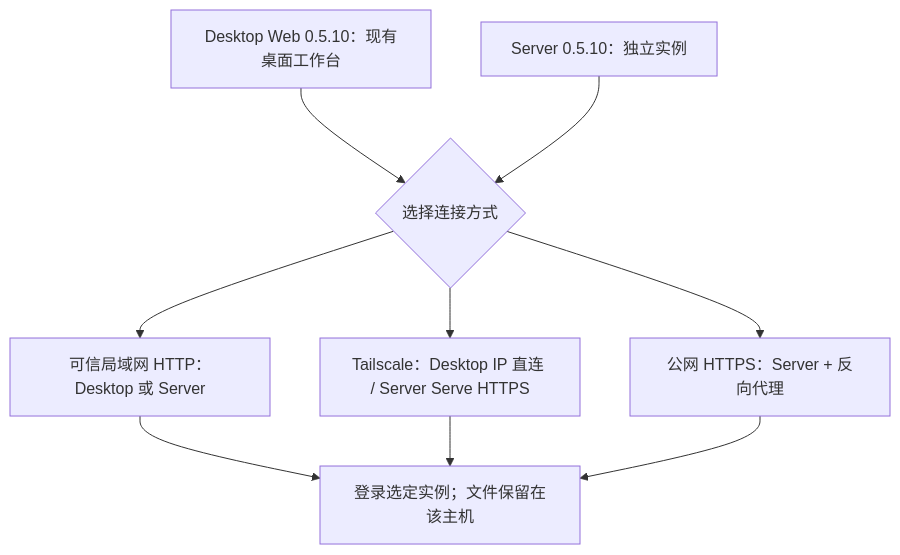
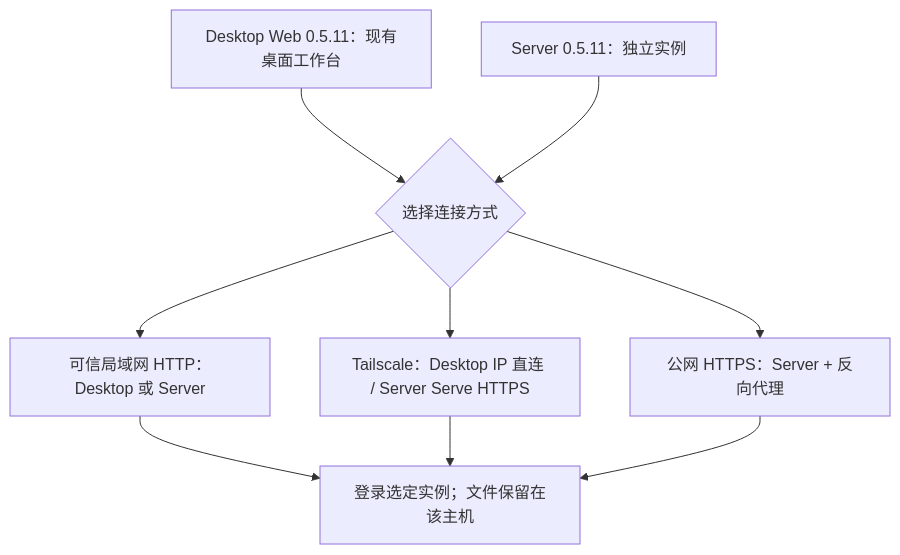
Before and after one commit to murray17/rovai-ai: the diagram in website/site/public/assets/diagrams/deployment-choice-zh.mmd, drawn with Mermaid. The commit also changed 10 other files, not shown here.

```diff
--- a/website/site/public/assets/diagrams/deployment-choice-zh.mmd
+++ b/website/site/public/assets/diagrams/deployment-choice-zh.mmd
@@ -1,12 +1,12 @@
 flowchart TB
-  desktop["Desktop Web 0.5.10：现有桌面工作台"]
-  server["Server 0.5.10：独立实例"]
+  desktop["Desktop Web 0.5.11：现有桌面工作台"]
+  server["Server 0.5.11：独立实例"]
   choice{"选择连接方式"}
   desktop --> choice
   server --> choice
   choice --> lan["可信局域网 HTTP：Desktop 或 Server"]
   choice --> ts["Tailscale：Desktop IP 直连 / Server Serve HTTPS"]
   choice --> public["公网 HTTPS：Server + 反向代理"]
   lan --> login["登录选定实例；文件保留在该主机"]
   ts --> login
   public --> login
```
